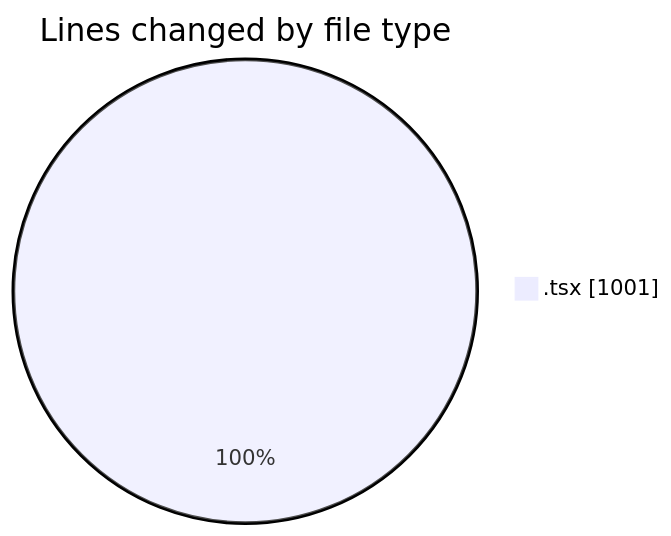
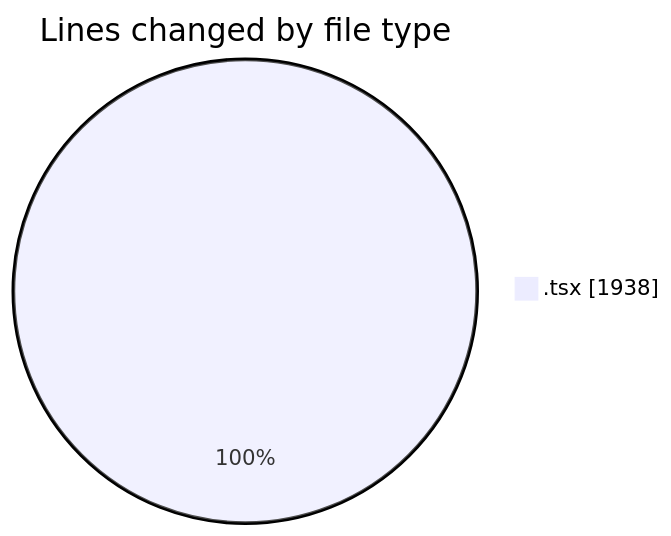
One commit to nxtqubesakshisongat/code-tracking changed the first of 2 diagrams in 2026-07-15/nxtqube_webapp/README.md. Above: the diagram before and after it, drawn with Mermaid. The commit also changed other lines of this file and 1 other file, not shown here.

````diff
--- a/2026-07-15/nxtqube_webapp/README.md
+++ b/2026-07-15/nxtqube_webapp/README.md
@@ -23,5 +24,5 @@
 ```mermaid
 pie showData
 title Lines changed by file type
-".tsx" : 1001
+".tsx" : 1938
 ```
````
